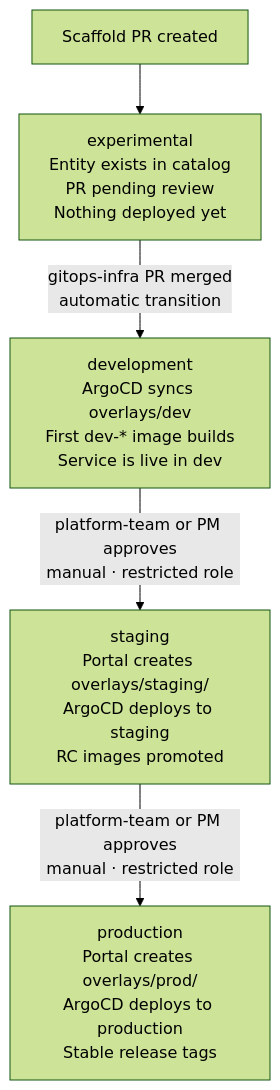
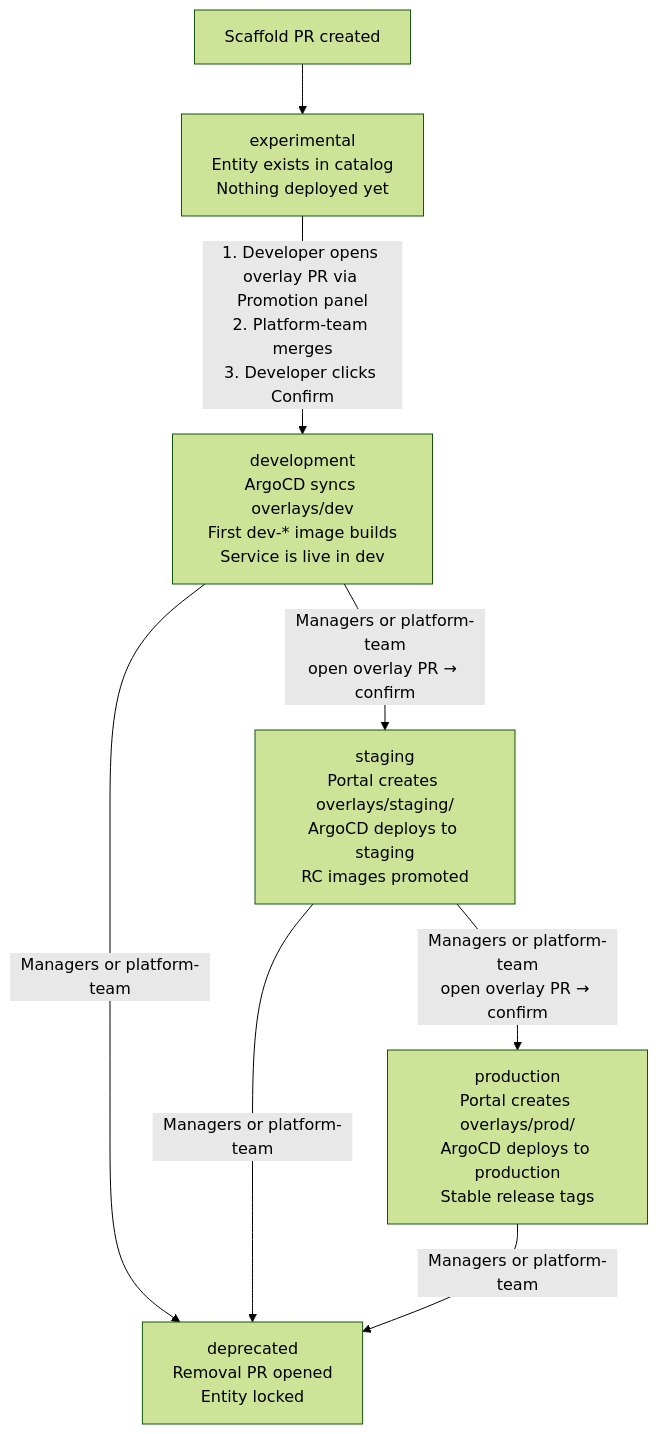
Before and after one commit to wxops/wxops-portal: the second of 2 diagrams in docs/cross-environment-promotion.md, drawn with Mermaid (forest theme). The commit also changed other lines of this file and 75 other files, not shown here.

````diff
--- a/docs/cross-environment-promotion.md
+++ b/docs/cross-environment-promotion.md
@@ -759,17 +786,22 @@
 ```mermaid
 flowchart TD
     SC["Scaffold PR created"]
 
-    EXP["experimental\nEntity exists in catalog\nPR pending review\nNothing deployed yet"]
+    EXP["experimental\nEntity exists in catalog\nNothing deployed yet"]
 
     DEV["development\nArgoCD syncs overlays/dev\nFirst dev-* image builds\nService is live in dev"]
 
     STG["staging\nPortal creates overlays/staging/\nArgoCD deploys to staging\nRC images promoted"]
 
     PROD["production\nPortal creates overlays/prod/\nArgoCD deploys to production\nStable release tags"]
 
+    DEP["deprecated\nRemoval PR opened\nEntity locked"]
+
     SC --> EXP
-    EXP -->|"gitops-infra PR merged\nautomatic transition"| DEV
-    DEV -->|"platform-team or PM approves\nmanual · restricted role"| STG
-    STG -->|"platform-team or PM approves\nmanual · restricted role"| PROD
+    EXP -->|"1. Developer opens overlay PR via Promotion panel\n2. Platform-team merges\n3. Developer clicks Confirm"| DEV
+    DEV -->|"Managers or platform-team\nopen overlay PR → confirm"| STG
+    STG -->|"Managers or platform-team\nopen overlay PR → confirm"| PROD
+    DEV -->|"Managers or platform-team"| DEP
+    STG -->|"Managers or platform-team"| DEP
+    PROD -->|"Managers or platform-team"| DEP
 ```
````
